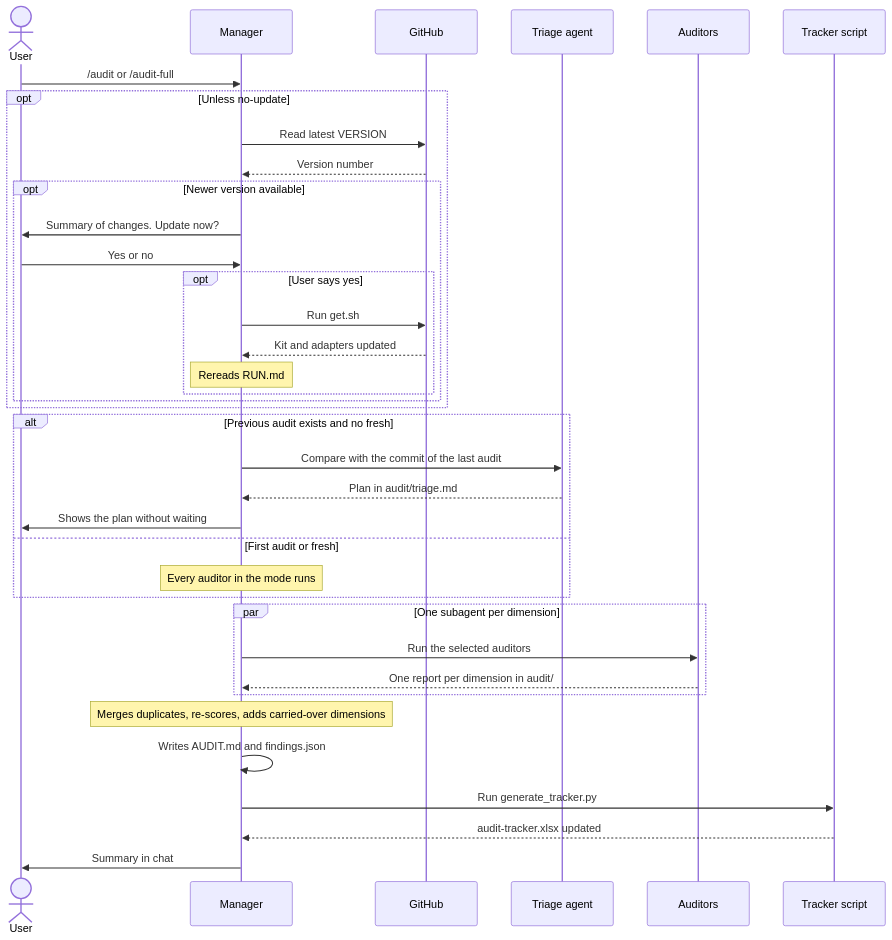
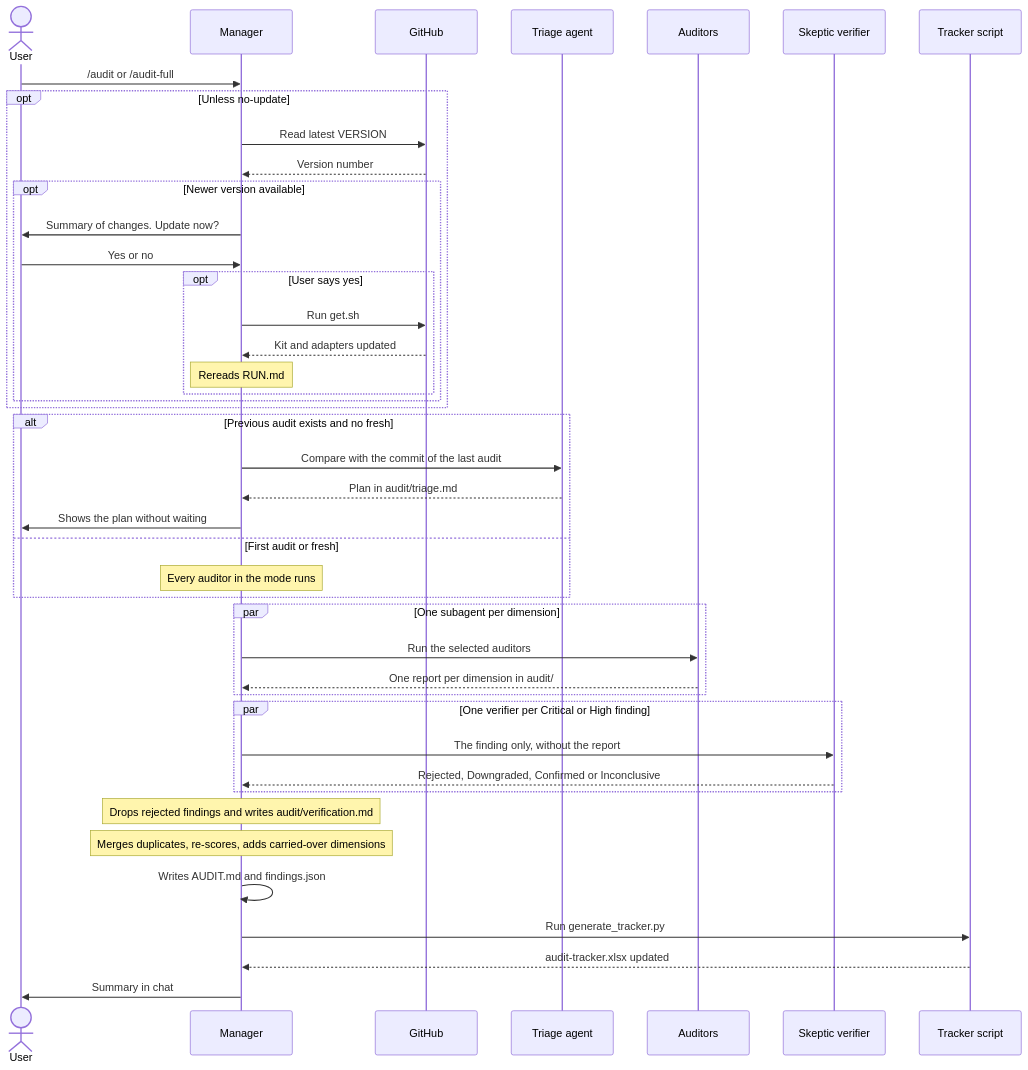
One commit to victorfigueira/audit-kit changed the second of 4 diagrams in docs/GUIDE.md. Above: the diagram before and after it, drawn with Mermaid. The commit also changed other lines of this file and 10 other files, not shown here.

Commit message:
v2.0.0: skeptic verifier filters false positives

````diff
--- a/docs/GUIDE.md
+++ b/docs/GUIDE.md
@@ -65,40 +66,46 @@
 ```mermaid
 sequenceDiagram
     actor U as User
     participant M as Manager
     participant G as GitHub
     participant T as Triage agent
     participant A as Auditors
+    participant V as Skeptic verifier
     participant X as Tracker script
 
     U->>M: /audit or /audit-full
     opt Unless no-update
         M->>G: Read latest VERSION
         G-->>M: Version number
         opt Newer version available
             M->>U: Summary of changes. Update now?
             U->>M: Yes or no
             opt User says yes
                 M->>G: Run get.sh
                 G-->>M: Kit and adapters updated
                 Note over M: Rereads RUN.md
             end
         end
     end
     alt Previous audit exists and no fresh
         M->>T: Compare with the commit of the last audit
         T-->>M: Plan in audit/triage.md
         M->>U: Shows the plan without waiting
     else First audit or fresh
         Note over M: Every auditor in the mode runs
     end
     par One subagent per dimension
         M->>A: Run the selected auditors
         A-->>M: One report per dimension in audit/
     end
+    par One verifier per Critical or High finding
+        M->>V: The finding only, without the report
+        V-->>M: Rejected, Downgraded, Confirmed or Inconclusive
+    end
+    Note over M: Drops rejected findings and writes audit/verification.md
     Note over M: Merges duplicates, re-scores, adds carried-over dimensions
     M->>M: Writes AUDIT.md and findings.json
     M->>X: Run generate_tracker.py
     X-->>M: audit-tracker.xlsx updated
     M->>U: Summary in chat
 ```
````
